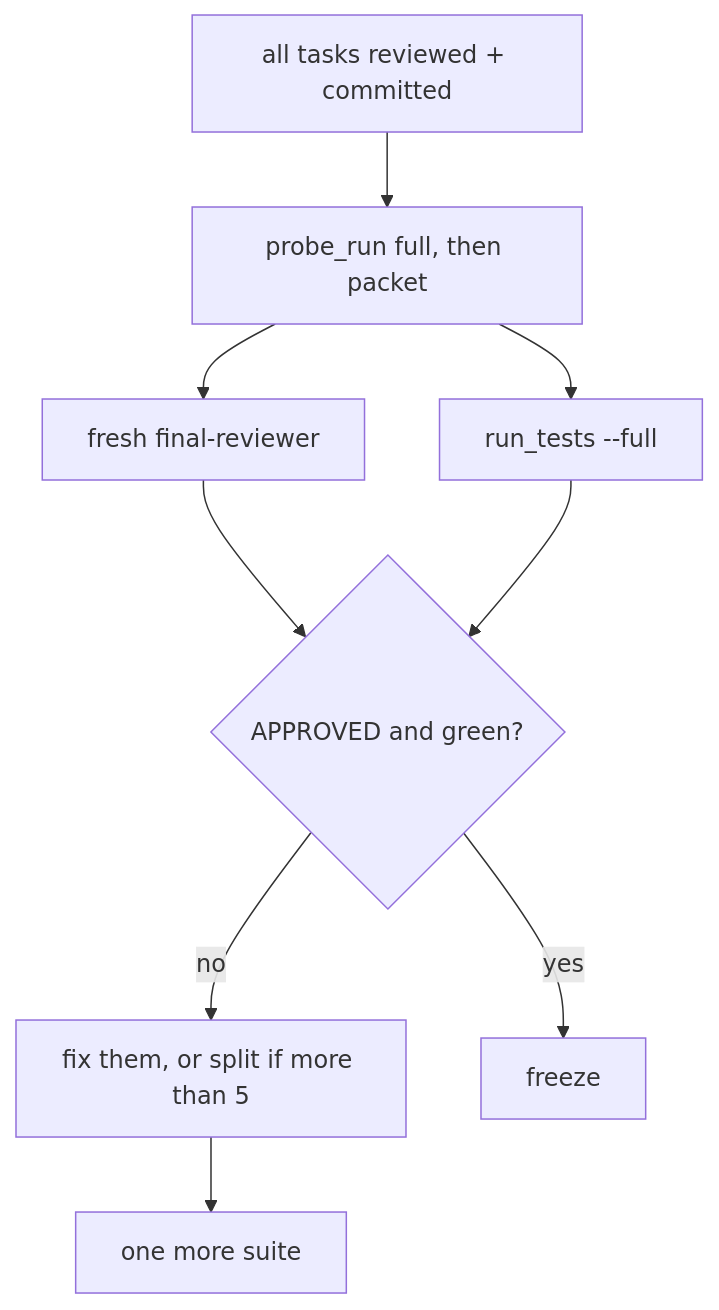
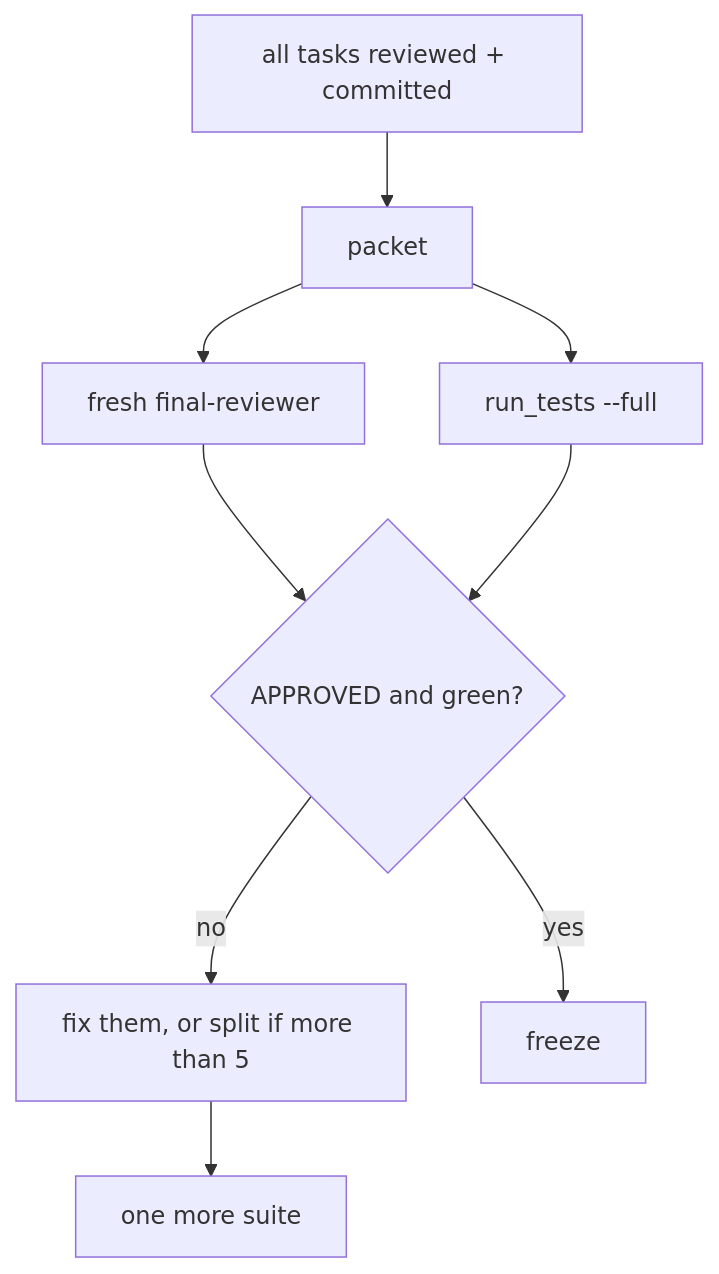
The fifth of 5 diagrams in skills/subagent-driven-development/SKILL.md (devcomfort/superlite), drawn with Mermaid before and after one commit. The commit also changed other lines of this file and 12 other files, not shown here.

````diff
--- a/skills/subagent-driven-development/SKILL.md
+++ b/skills/subagent-driven-development/SKILL.md
@@ -90,9 +90,9 @@
 ```mermaid
 flowchart TB
-  G[all tasks reviewed + committed] --> PK[probe_run full, then packet]
+  G[all tasks reviewed + committed] --> PK[packet]
   PK --> FR[fresh final-reviewer]
   PK --> ST[run_tests --full]
   FR & ST --> V{APPROVED and green?}
   V -- no --> FX[fix them, or split if more than 5] --> ST2[one more suite]
   V -- yes --> Z[freeze]
 ```
````
